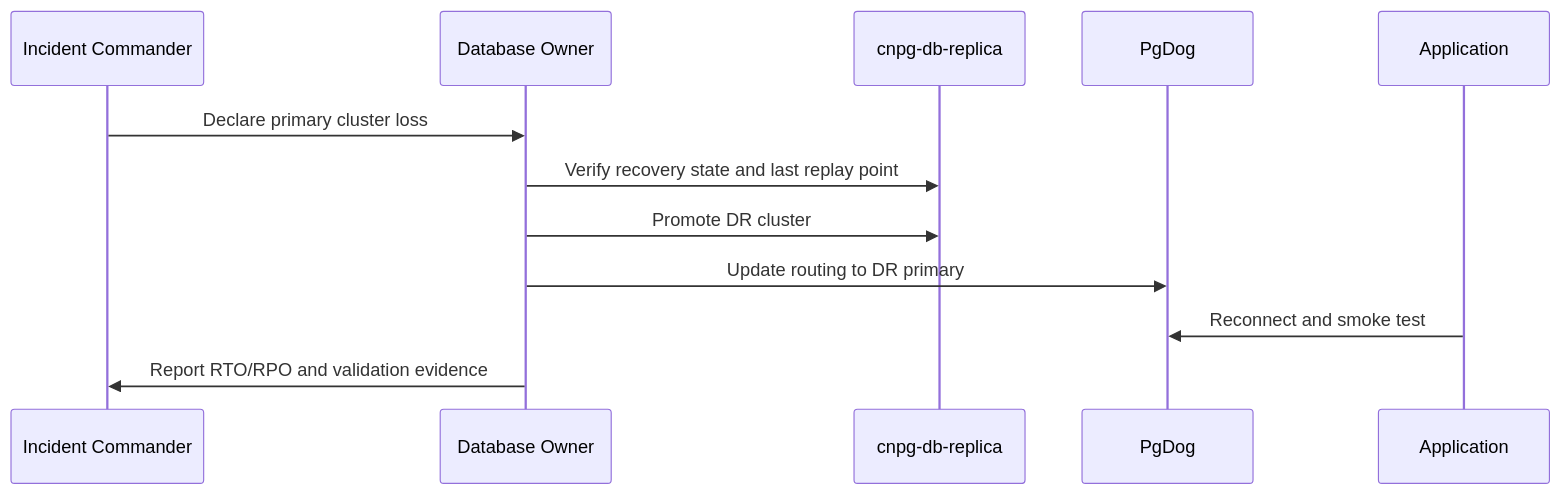
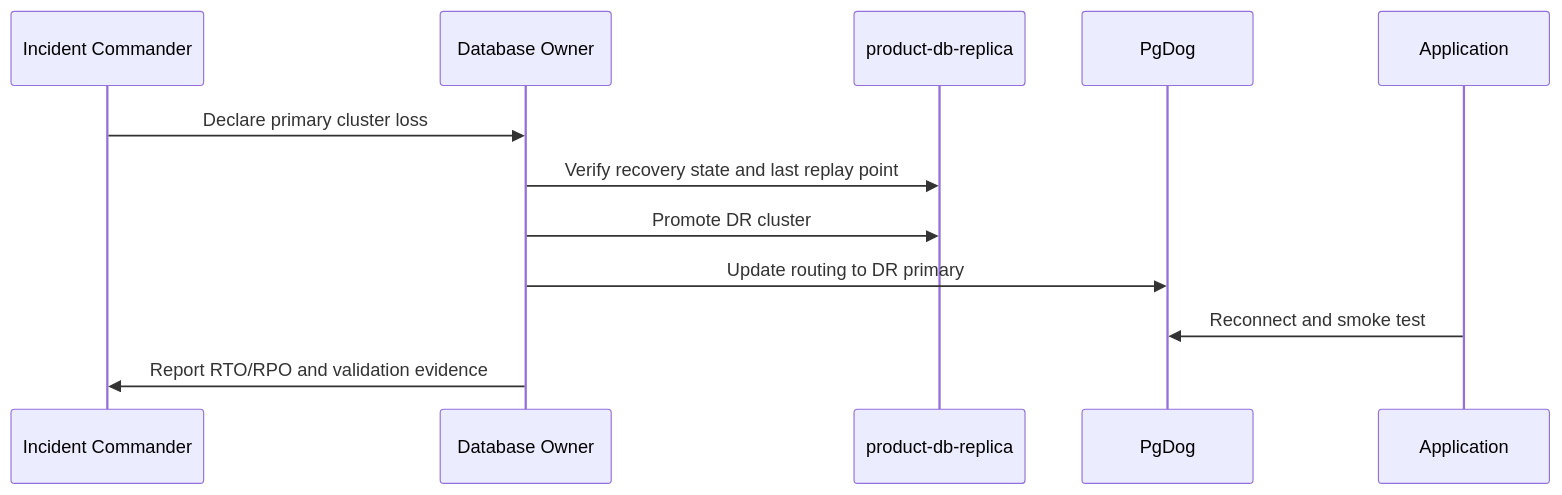
Before and after one commit to duynhlab/homelab: the seventh of 7 diagrams in docs/databases/010-drp.md, drawn with Mermaid. The commit also changed other lines of this file and 243 other files, not shown here.

````diff
--- a/docs/databases/010-drp.md
+++ b/docs/databases/010-drp.md
@@ -413,15 +418,15 @@
 ```mermaid
 sequenceDiagram
   participant IC as Incident Commander
   participant DBO as Database Owner
-  participant DR as cnpg-db-replica
+  participant DR as product-db-replica
   participant PgDog as PgDog
   participant App as Application
 
   IC->>DBO: Declare primary cluster loss
   DBO->>DR: Verify recovery state and last replay point
   DBO->>DR: Promote DR cluster
   DBO->>PgDog: Update routing to DR primary
   App->>PgDog: Reconnect and smoke test
   DBO->>IC: Report RTO/RPO and validation evidence
 ```
````
